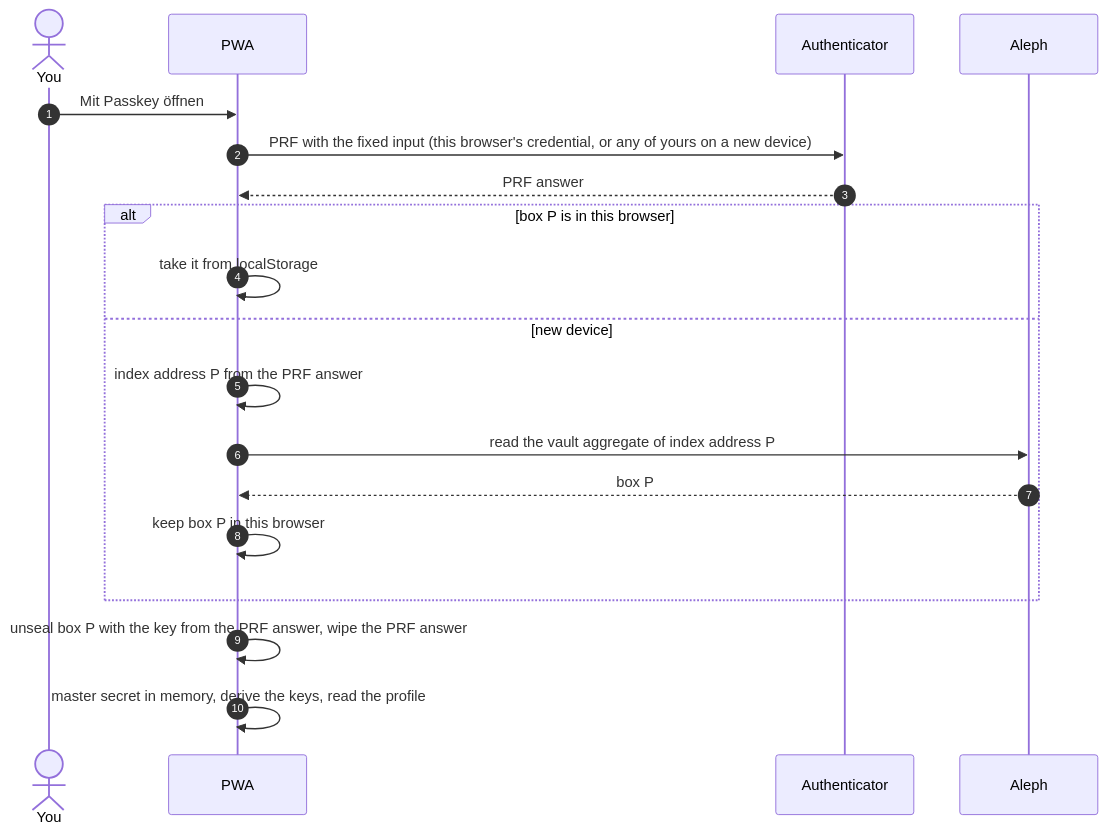
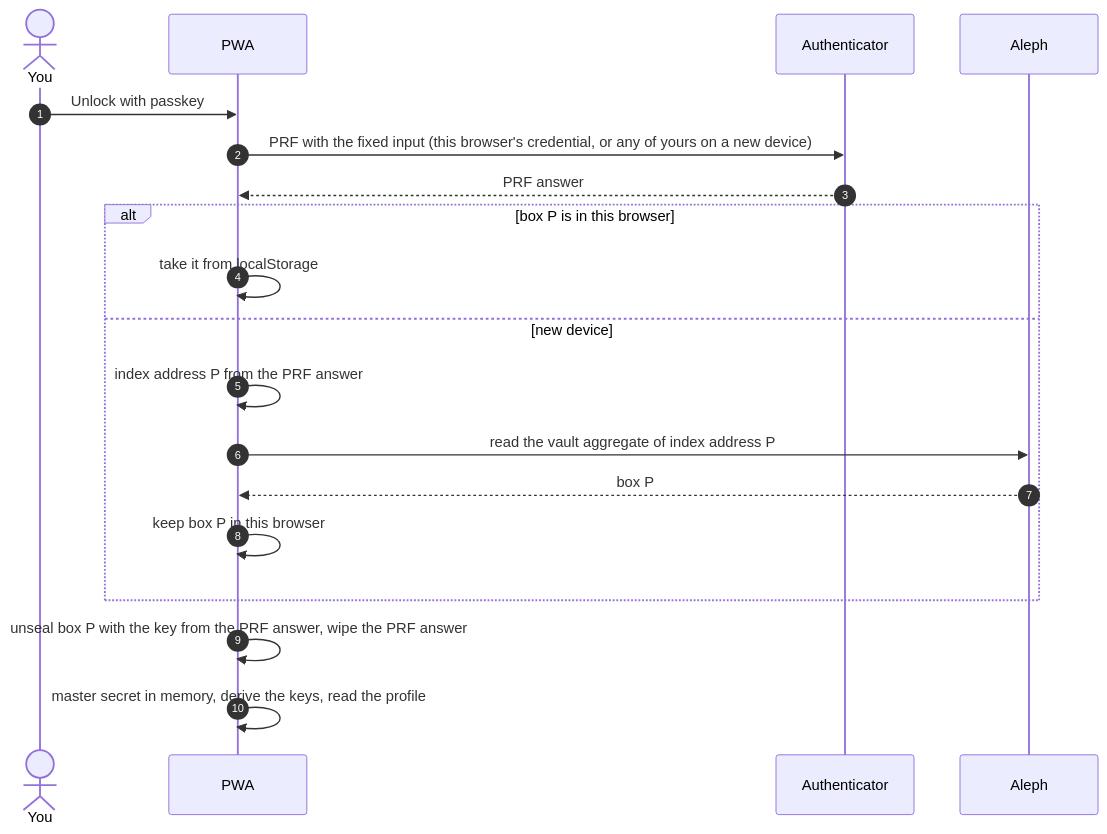
One commit to Le-Space/paperless-anywhere changed the third of 5 diagrams in docs/keys-and-recovery.md. Above: the diagram before and after it, drawn with Mermaid. The commit also changed other lines of this file and 4 other files, not shown here.

````diff
--- a/docs/keys-and-recovery.md
+++ b/docs/keys-and-recovery.md
@@ -106,22 +106,22 @@
 ```mermaid
 sequenceDiagram
     autonumber
     actor You
     participant PWA
     participant Auth as Authenticator
     participant Aleph
 
-    You->>PWA: Mit Passkey öffnen
+    You->>PWA: Unlock with passkey
     PWA->>Auth: PRF with the fixed input (this browser's credential, or any of yours on a new device)
     Auth-->>PWA: PRF answer
     alt box P is in this browser
         PWA->>PWA: take it from localStorage
     else new device
         PWA->>PWA: index address P from the PRF answer
         PWA->>Aleph: read the vault aggregate of index address P
         Aleph-->>PWA: box P
         PWA->>PWA: keep box P in this browser
     end
     PWA->>PWA: unseal box P with the key from the PRF answer, wipe the PRF answer
     PWA->>PWA: master secret in memory, derive the keys, read the profile
 ```
````
